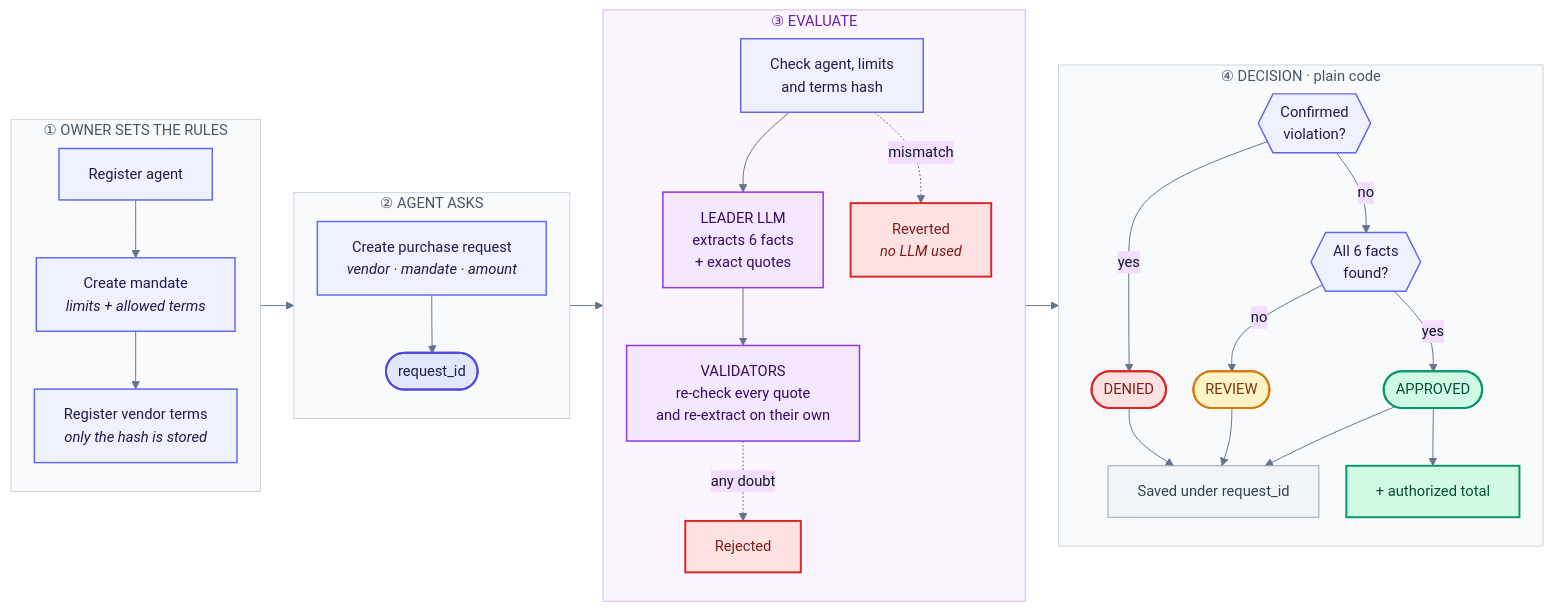
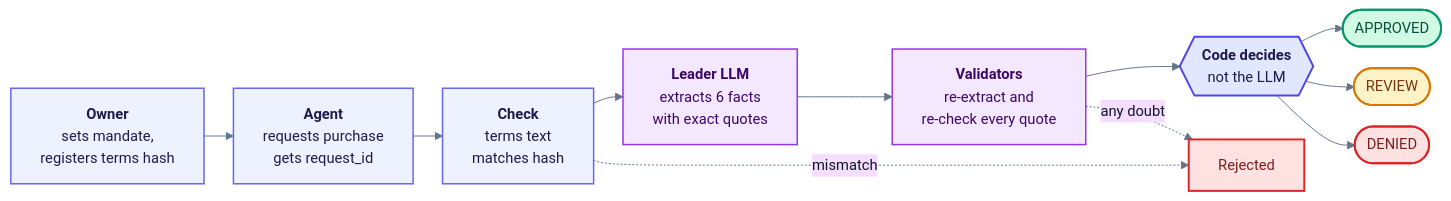
Before and after one commit to Said1235/Mandategate: the diagram in README.md, drawn with Mermaid.

Commit message:
README: single compact flowchart
Claude-Session: https://claude.ai/code/session_012BN79Kf6ketzBZV4Y7usvg

````diff
--- a/README.md
+++ b/README.md
@@ -22,55 +22,27 @@
 ```mermaid
-%%{init: {"theme":"base","flowchart":{"curve":"basis","nodeSpacing":28,"rankSpacing":34},"themeVariables":{"fontFamily":"Inter, Segoe UI, Helvetica, Arial, sans-serif","fontSize":"15px","lineColor":"#64748b","primaryTextColor":"#0f172a"}}}%%
+%%{init: {"theme":"base","flowchart":{"curve":"basis","nodeSpacing":22,"rankSpacing":30},"themeVariables":{"fontFamily":"Inter, Segoe UI, Helvetica, Arial, sans-serif","fontSize":"15px","lineColor":"#64748b","primaryTextColor":"#0f172a"}}}%%
 flowchart LR
-    subgraph S1["① OWNER SETS THE RULES"]
-        direction TB
-        A1["Register agent"] --> A2["Create mandate<br/><i>limits + allowed terms</i>"] --> A3["Register vendor terms<br/><i>only the hash is stored</i>"]
-    end
-
-    subgraph S2["② AGENT ASKS"]
-        direction TB
-        B1["Create purchase request<br/><i>vendor · mandate · amount</i>"] --> B2(["request_id"])
-    end
-
-    subgraph S3["③ EVALUATE"]
-        direction TB
-        C1["Check agent, limits<br/>and terms hash"] --> C2["LEADER LLM<br/>extracts 6 facts<br/>+ exact quotes"] --> C3["VALIDATORS<br/>re-check every quote<br/>and re-extract on their own"]
-        C1 -. "mismatch" .-> X1["Reverted<br/><i>no LLM used</i>"]
-        C3 -. "any doubt" .-> X2["Rejected"]
-    end
-
-    subgraph S4["④ DECISION · plain code"]
-        direction TB
-        D1{{"Confirmed<br/>violation?"}}
-        D1 -- "yes" --> R1(["DENIED"])
-        D1 -- "no" --> D2{{"All 6 facts<br/>found?"}}
-        D2 -- "no" --> R2(["REVIEW"])
-        D2 -- "yes" --> R3(["APPROVED"])
-        R1 --> SV["Saved under request_id"]
-        R2 --> SV
-        R3 --> SV
-        R3 --> BG["+ authorized total"]
-    end
-
-    S1 --> S2 --> S3 --> S4
+    A["<b>Owner</b><br/>sets mandate,<br/>registers terms hash"] --> B["<b>Agent</b><br/>requests purchase<br/>gets request_id"]
+    B --> C["<b>Check</b><br/>terms text<br/>matches hash"]
+    C --> D["<b>Leader LLM</b><br/>extracts 6 facts<br/>with exact quotes"]
+    D --> E["<b>Validators</b><br/>re-extract and<br/>re-check every quote"]
+    E --> F{{"<b>Code decides</b><br/>not the LLM"}}
+    F --> G(["APPROVED"])
+    F --> H(["REVIEW"])
+    F --> I(["DENIED"])
+    C -. "mismatch" .-> X["Rejected"]
+    E -. "any doubt" .-> X
 
     classDef step fill:#eef2ff,stroke:#6366f1,stroke-width:1.5px,color:#1e1b4b
-    classDef id fill:#e0e7ff,stroke:#4f46e5,stroke-width:2px,color:#1e1b4b
     classDef ai fill:#f3e8ff,stroke:#9333ea,stroke-width:1.5px,color:#3b0764
+    classDef gate fill:#e0e7ff,stroke:#4f46e5,stroke-width:2px,color:#1e1b4b
     classDef ok fill:#d1fae5,stroke:#059669,stroke-width:2px,color:#064e3b
     classDef warn fill:#fef3c7,stroke:#d97706,stroke-width:2px,color:#78350f
     classDef bad fill:#fee2e2,stroke:#dc2626,stroke-width:2px,color:#7f1d1d
-    classDef out fill:#f1f5f9,stroke:#94a3b8,color:#334155
-    class A1,A2,A3,B1,C1,D1,D2 step
-    class B2 id
-    class C2,C3 ai
-    class R3 ok
-    class BG ok
-    class R2 warn
-    class R1,X1,X2 bad
-    class SV out
-    style S1 fill:#f8fafc,stroke:#cbd5e1,color:#475569
-    style S2 fill:#f8fafc,stroke:#cbd5e1,color:#475569
-    style S3 fill:#faf5ff,stroke:#d8b4fe,color:#6b21a8
-    style S4 fill:#f8fafc,stroke:#cbd5e1,color:#475569
+    class A,B,C step
+    class D,E ai
+    class F gate
+    class G ok
+    class H warn
+    class I,X bad
 ```
````
